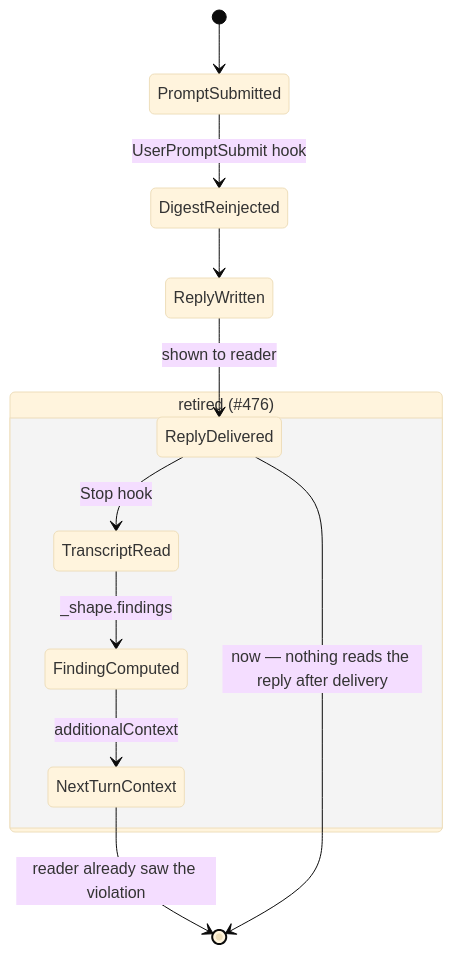
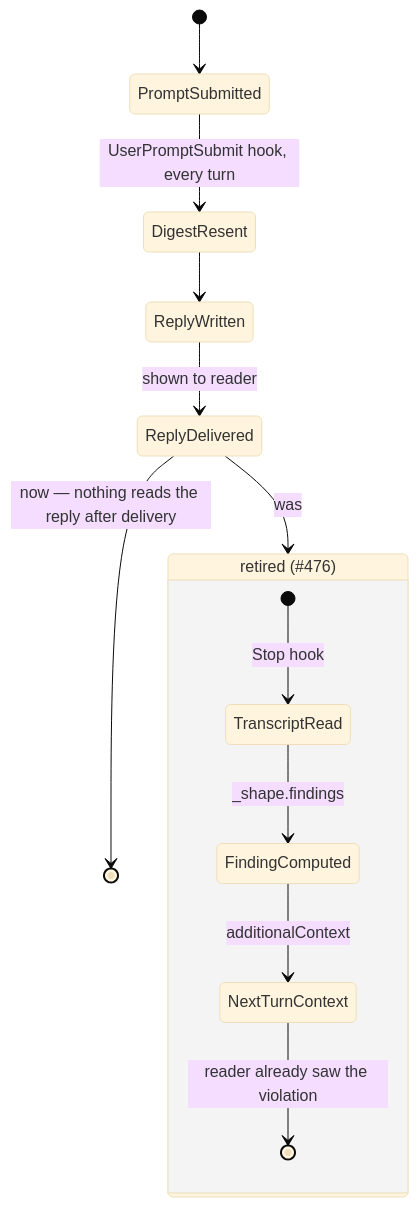
The diagram in docs/architecture/response-style-is-a-comment-not-a-check.md (aamarin/wfctl), drawn with Mermaid (base theme) before and after one commit. The commit also changed 3 other files, not shown here.

````diff
--- a/docs/architecture/response-style-is-a-comment-not-a-check.md
+++ b/docs/architecture/response-style-is-a-comment-not-a-check.md
@@ -68,16 +68,16 @@
 ```mermaid
 stateDiagram-v2
     [*] --> PromptSubmitted
-    PromptSubmitted --> DigestReinjected: UserPromptSubmit hook
-    DigestReinjected --> ReplyWritten
+    PromptSubmitted --> DigestResent: UserPromptSubmit hook, every turn
+    DigestResent --> ReplyWritten
     ReplyWritten --> ReplyDelivered: shown to reader
+    ReplyDelivered --> [*]: now — nothing reads the reply after delivery
 
-    state "retired (#476)" as WasStop {
-        ReplyDelivered --> TranscriptRead: Stop hook
+    ReplyDelivered --> Retired: was
+    state "retired (#476)" as Retired {
+        [*] --> TranscriptRead: Stop hook
         TranscriptRead --> FindingComputed: _shape.findings
         FindingComputed --> NextTurnContext: additionalContext
+        NextTurnContext --> [*]: reader already saw the violation
     }
-    NextTurnContext --> [*]: reader already saw the violation
-
-    ReplyDelivered --> [*]: now — nothing reads the reply after delivery
 ```
````
